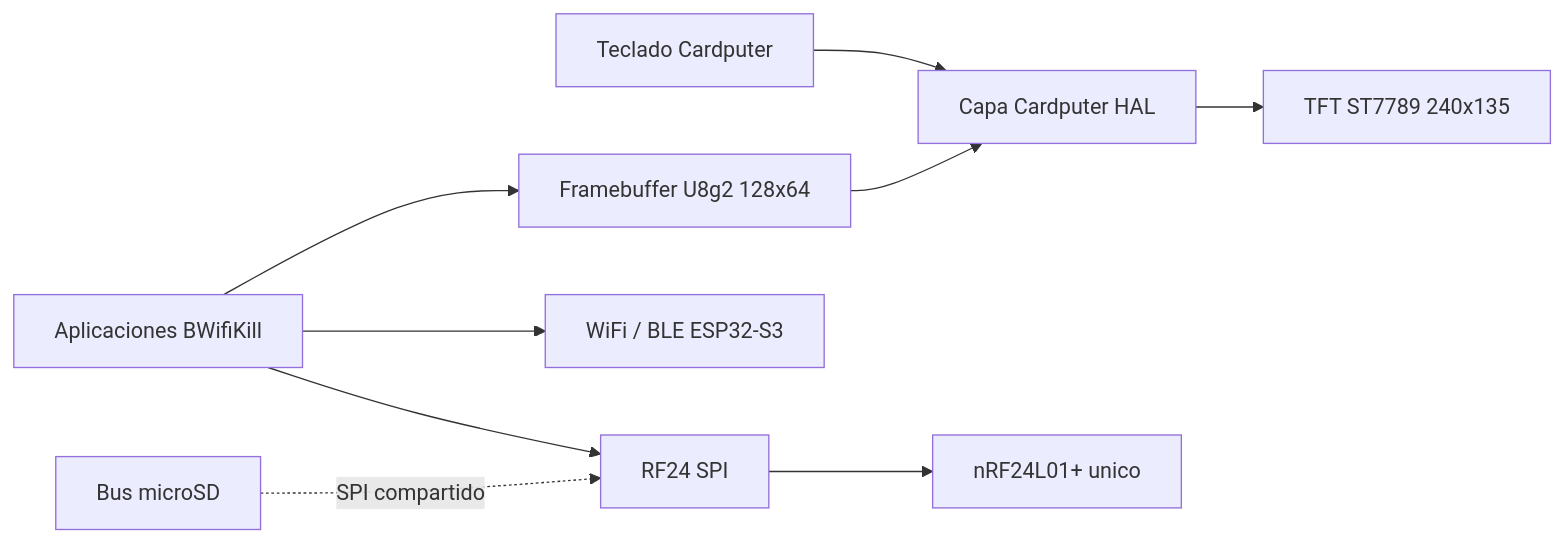
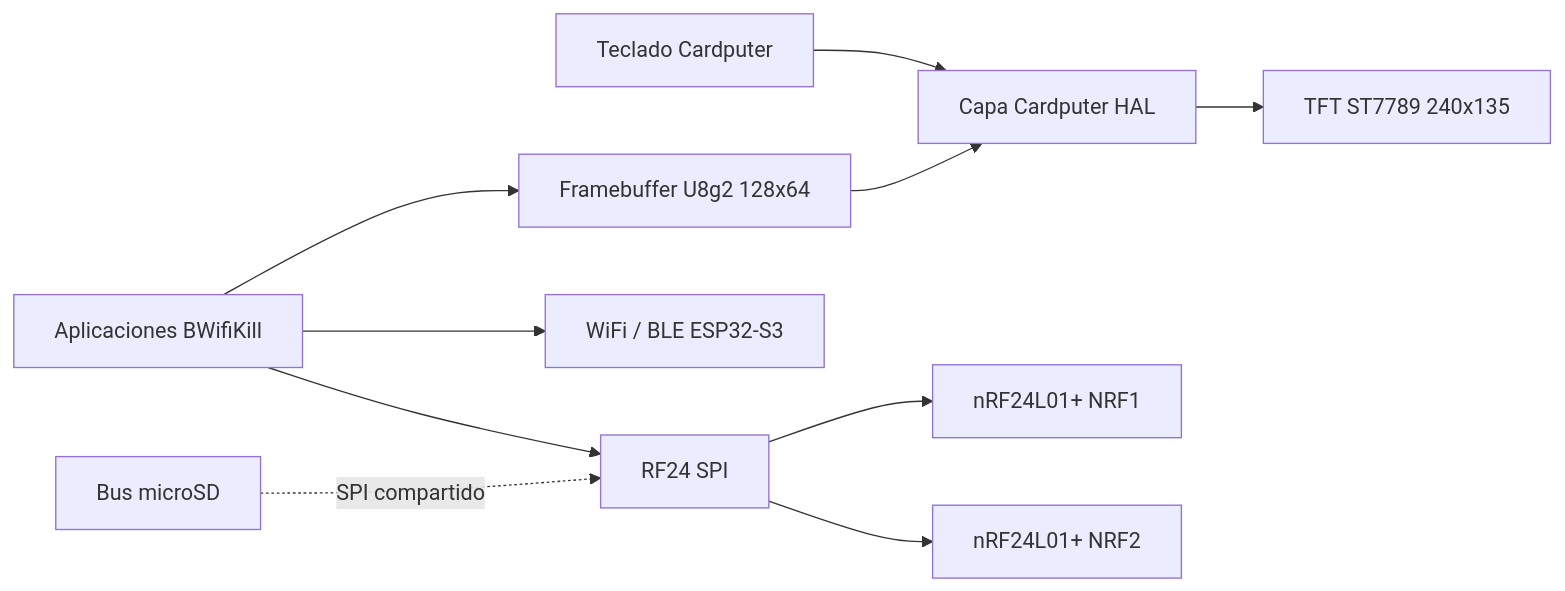
The diagram in README.md (pepeangell5/BWifiKill-CARDPUTER-ADV), drawn with Mermaid before and after one commit. The commit also changed other lines of this file, not shown here.

Commit message:
Document dual NRF Cardputer ADV wiring

````diff
--- a/README.md
+++ b/README.md
@@ -61,11 +62,12 @@
 ```mermaid
 flowchart LR
     KB["Teclado Cardputer"] --> HAL["Capa Cardputer HAL"]
     APPS["Aplicaciones BWifiKill"] --> UI["Framebuffer U8g2 128x64"]
     UI --> HAL
     HAL --> TFT["TFT ST7789 240x135"]
     APPS --> WB["WiFi / BLE ESP32-S3"]
     APPS --> RF["RF24 SPI"]
-    RF --> NRF["nRF24L01+ unico"]
+    RF --> NRF1["nRF24L01+ NRF1"]
+    RF --> NRF2["nRF24L01+ NRF2"]
     SD["Bus microSD"] -. "SPI compartido" .-> RF
 ```
````
